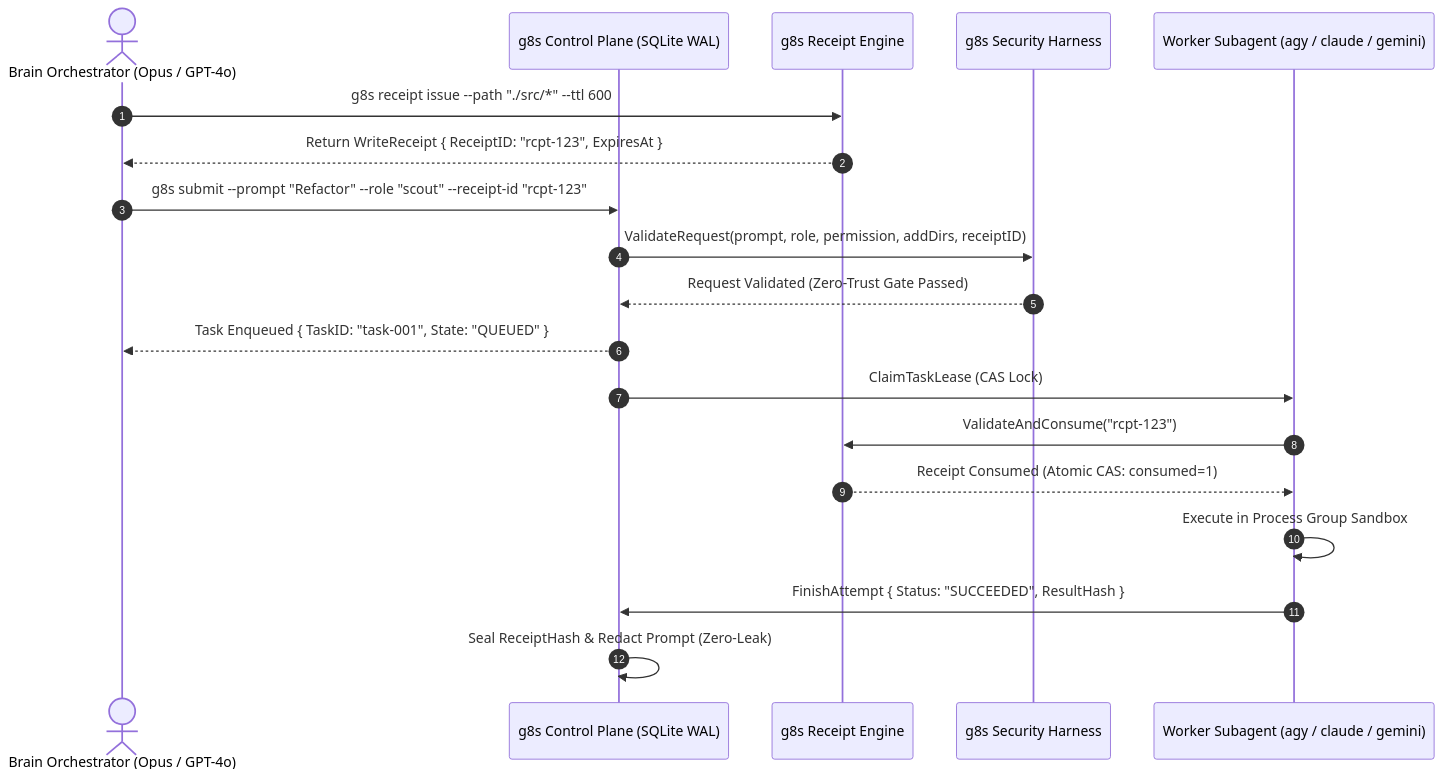
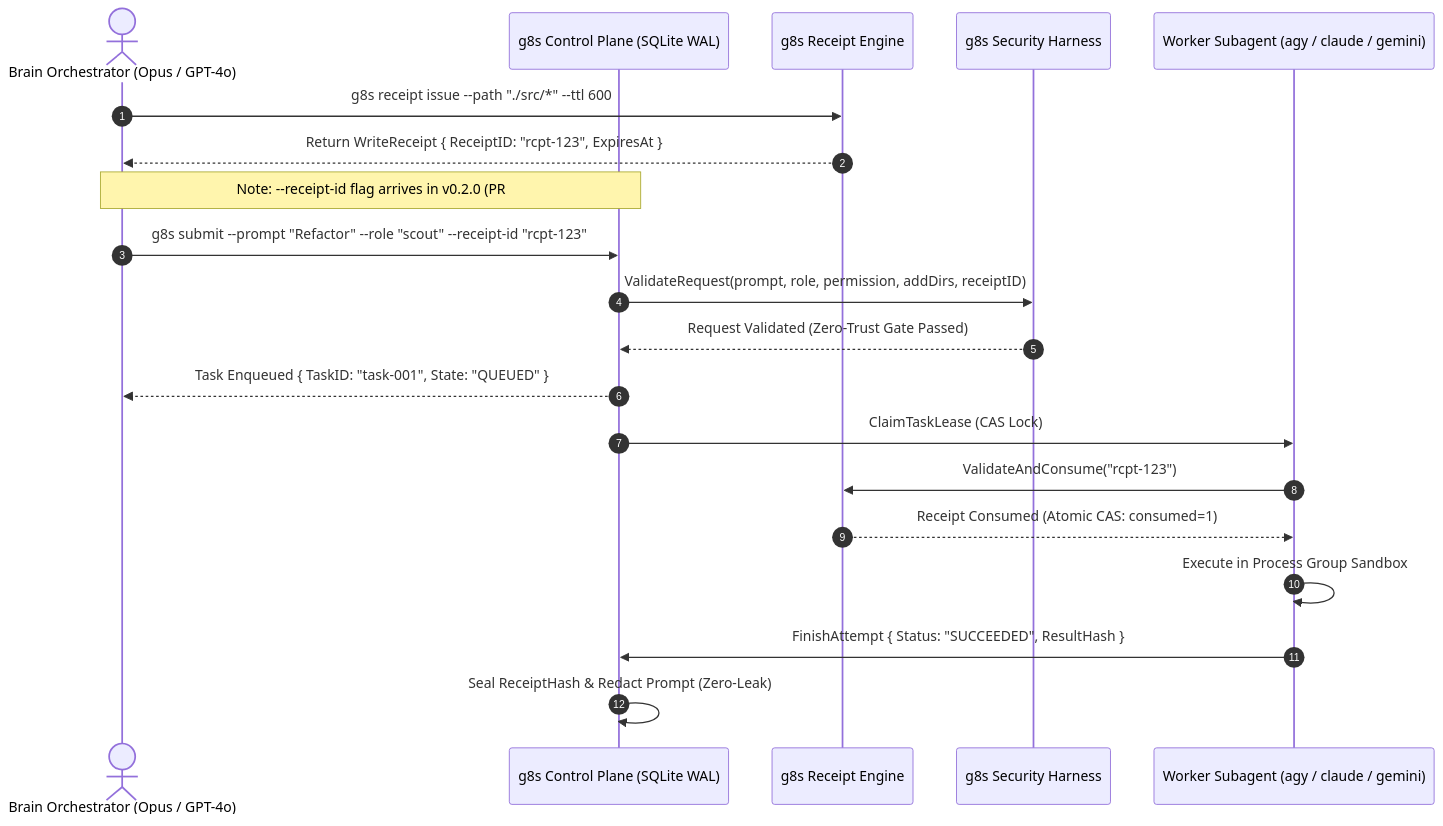
Before and after one commit to tamld/g8s: the first of 2 diagrams in docs/ARCHITECTURE.md, drawn with Mermaid. The commit also changed other lines of this file and 4 other files, not shown here.

Commit message:
docs: address PiC review on PR #53 (mark roadmap items, keep config/mcp links)

````diff
--- a/docs/ARCHITECTURE.md
+++ b/docs/ARCHITECTURE.md
@@ -99,23 +99,24 @@
 ```mermaid
 sequenceDiagram
     autonumber
     actor Operator as Brain Orchestrator (Opus / GPT-4o)
     participant CP as g8s Control Plane (SQLite WAL)
     participant RC as g8s Receipt Engine
     participant HN as g8s Security Harness
     participant WK as Worker Subagent (agy / claude / gemini)
 
     Operator->>RC: g8s receipt issue --path "./src/*" --ttl 600
     RC-->>Operator: Return WriteReceipt { ReceiptID: "rcpt-123", ExpiresAt }
+    Note over Operator,CP: Note: --receipt-id flag arrives in v0.2.0 (PR #51)
     Operator->>CP: g8s submit --prompt "Refactor" --role "scout" --receipt-id "rcpt-123"
     CP->>HN: ValidateRequest(prompt, role, permission, addDirs, receiptID)
     HN-->>CP: Request Validated (Zero-Trust Gate Passed)
     CP-->>Operator: Task Enqueued { TaskID: "task-001", State: "QUEUED" }
 
     CP->>WK: ClaimTaskLease (CAS Lock)
     WK->>RC: ValidateAndConsume("rcpt-123")
     RC-->>WK: Receipt Consumed (Atomic CAS: consumed=1)
     WK->>WK: Execute in Process Group Sandbox
     WK->>CP: FinishAttempt { Status: "SUCCEEDED", ResultHash }
     CP->>CP: Seal ReceiptHash & Redact Prompt (Zero-Leak)
 ```
````
